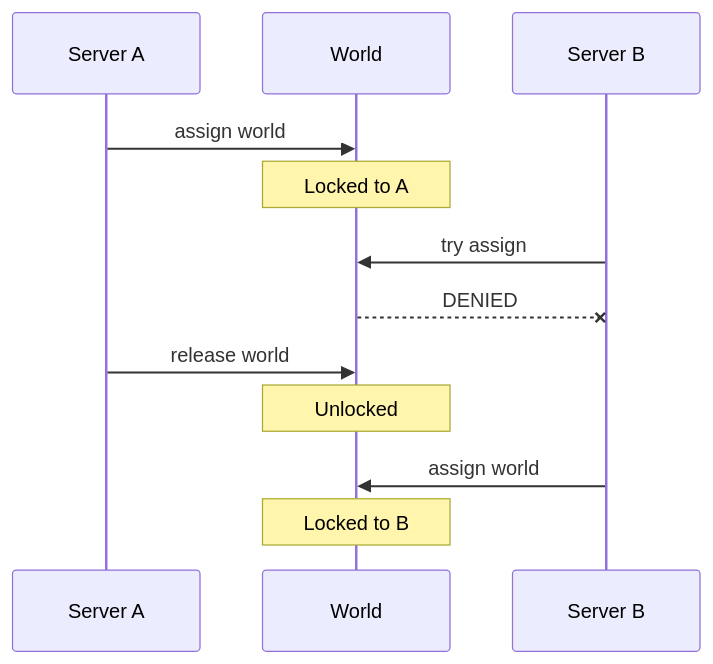
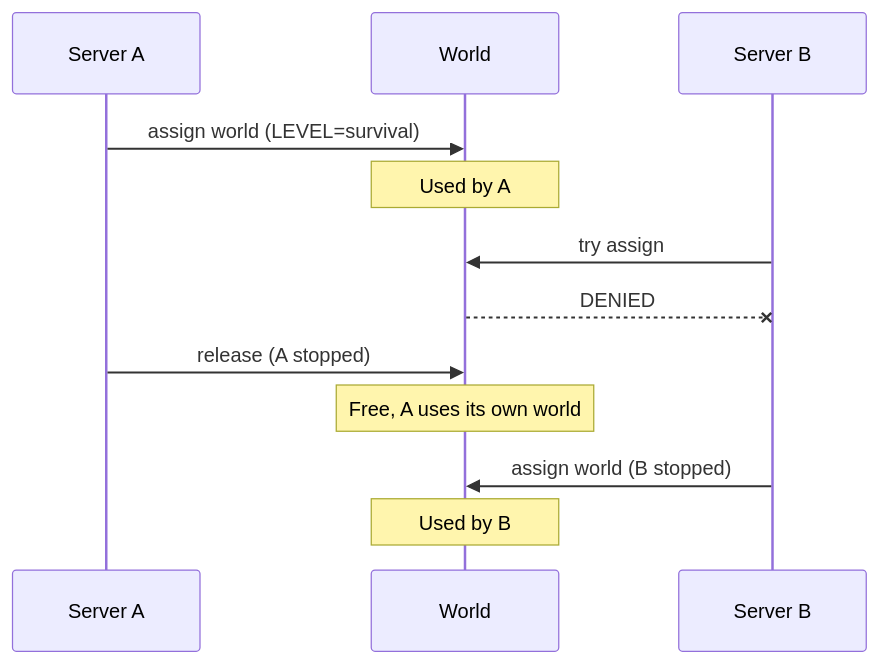
One commit to smallmiro/minecraft-server-manager changed the third of 3 diagrams in docs/advanced/index.md. Above: the diagram before and after it, drawn with Mermaid. The commit also changed other lines of this file and 19 other files, not shown here.

First line of the commit message:
docs: describe world assignment by LEVEL in the CLI, API and console guides (#670)

````diff
--- a/docs/advanced/index.md
+++ b/docs/advanced/index.md
@@ -121,15 +121,15 @@
 ```mermaid
 sequenceDiagram
     participant A as Server A
     participant W as World
     participant B as Server B
 
-    A->>W: assign world
-    Note over W: Locked to A
+    A->>W: assign world (LEVEL=survival)
+    Note over W: Used by A
     B->>W: try assign
     W--xB: DENIED
-    A->>W: release world
-    Note over W: Unlocked
-    B->>W: assign world
-    Note over W: Locked to B
+    A->>W: release (A stopped)
+    Note over W: Free, A uses its own world
+    B->>W: assign world (B stopped)
+    Note over W: Used by B
 ```
````
